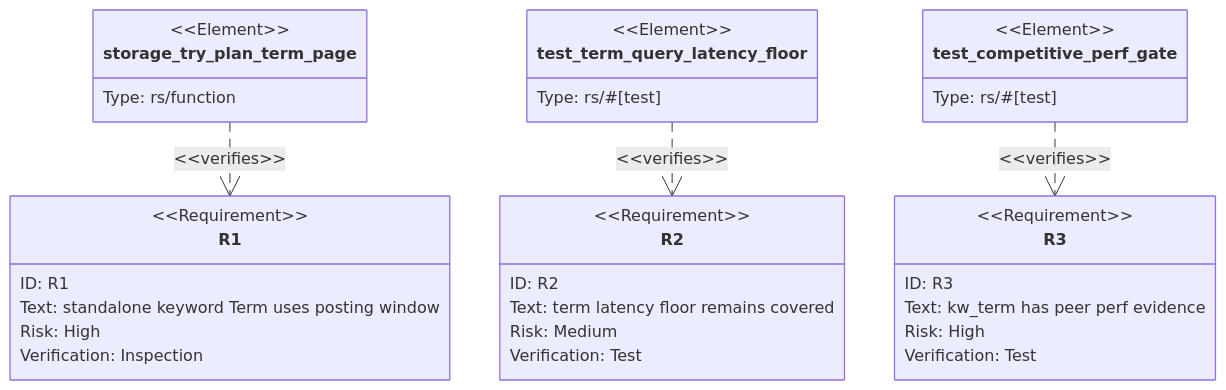
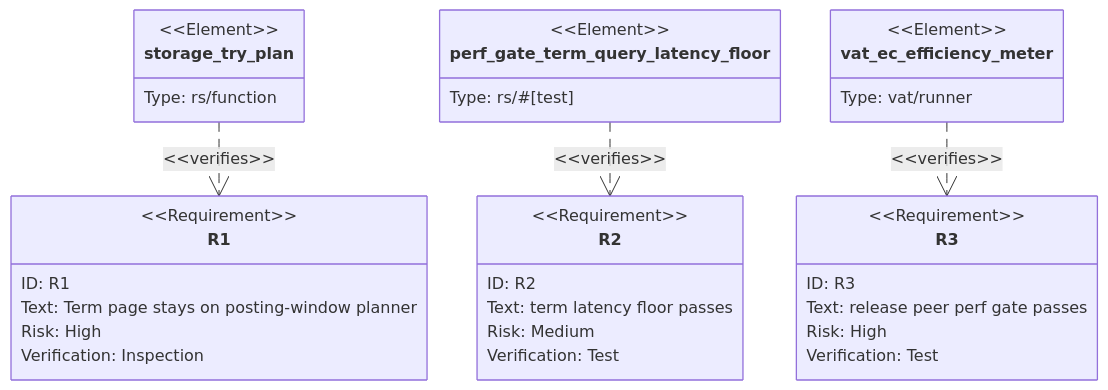
Before and after one commit to chrischeng-c4/axiom: the second of 2 diagrams in projects/lumen/tech-design/logic/early-stop-on-high-selectivity-term-lookups-p99-regression-vs-pg.md, drawn with Mermaid. The commit also changed other lines of this file, not shown here.

Commit message:
td(45) — contract section: unit-test
Lifecycle-Slug: 45
Work-Item: 45
Lifecycle-Stage: Td-Section
Lifecycle-Phase: td_contract_in_progress
Lifecycle-Pass: contract
TD-Section: unit-test
Previous-Phase: td_contract_in_progress
Next-Phase: td_contract_in_progress
Next-Command: aw td create

````diff
--- a/projects/lumen/tech-design/logic/early-stop-on-high-selectivity-term-lookups-p99-regression-vs-pg.md
+++ b/projects/lumen/tech-design/logic/early-stop-on-high-selectivity-term-lookups-p99-regression-vs-pg.md
@@ -56,69 +56,69 @@
 ```mermaid
 ---
-id: kw-term-early-stop-unit-evidence
+id: kw-term-early-stop-contract-tests
 requirements:
-  standalone_term_uses_posting_window:
+  posting_window_contract:
     id: R1
-    text: "No-sort keyword Term queries return the first limit entries directly from the posting list"
+    text: "`storage::try_plan` keeps standalone keyword Term queries on the posting-window path"
     kind: design-constraint
     risk: high
     verify: inspection
-  high_selectivity_term_has_latency_floor:
+  term_latency_floor_contract:
     id: R2
-    text: "Term query latency stays covered by the lumen perf gate"
+    text: "`term_query_latency_floor` stays below the exact term lookup budget"
     kind: performance
     risk: medium
     verify: test
-  competitor_gate_covers_kw_term:
+  release_peer_gate_contract:
     id: R3
-    text: "The release competitive gate reports kw_term under pg-native/OpenSearch peer evidence"
+    text: "`ec-efficiency-meter` can run the release competitive gate cleanly with real pg/OpenSearch peers"
     kind: performance
     risk: high
     verify: test
 elements:
-  storage_try_plan_term_page:
+  storage_try_plan:
     kind: source
     path: projects/lumen/src/storage.rs
-  test_term_query_latency_floor:
+  perf_gate_term_query_latency_floor:
     kind: test
     path: projects/lumen/tests/perf_gate.rs
-  test_competitive_perf_gate:
-    kind: test
-    path: projects/lumen/tests/perf_gate_vs_db.rs
+  vat_ec_efficiency_meter:
+    kind: runner
+    path: projects/lumen/vat.toml
 relations:
-  - { from: storage_try_plan_term_page, verifies: standalone_term_uses_posting_window }
-  - { from: test_term_query_latency_floor, verifies: high_selectivity_term_has_latency_floor }
-  - { from: test_competitive_perf_gate, verifies: competitor_gate_covers_kw_term }
+  - { from: storage_try_plan, verifies: posting_window_contract }
+  - { from: perf_gate_term_query_latency_floor, verifies: term_latency_floor_contract }
+  - { from: vat_ec_efficiency_meter, verifies: release_peer_gate_contract }
 ---
 requirementDiagram
     requirement R1 {
       id: R1
-      text: "standalone keyword Term uses posting window"
+      text: "Term page stays on posting-window planner"
       risk: high
       verifymethod: inspection
     }
     requirement R2 {
       id: R2
-      text: "term latency floor remains covered"
+      text: "term latency floor passes"
       risk: medium
       verifymethod: test
     }
     requirement R3 {
       id: R3
-      text: "kw_term has peer perf evidence"
+      text: "release peer perf gate passes"
       risk: high
       verifymethod: test
     }
-    element storage_try_plan_term_page {
+    element storage_try_plan {
       type: "rs/function"
     }
-    element test_term_query_latency_floor {
+    element perf_gate_term_query_latency_floor {
       type: "rs/#[test]"
     }
-    element test_competitive_perf_gate {
-      type: "rs/#[test]"
+    element vat_ec_efficiency_meter {
+      type: "vat/runner"
     }
-    storage_try_plan_term_page - verifies -> R1
-    test_term_query_latency_floor - verifies -> R2
-    test_competitive_perf_gate - verifies -> R3
+    storage_try_plan - verifies -> R1
+    perf_gate_term_query_latency_floor - verifies -> R2
+    vat_ec_efficiency_meter - verifies -> R3
 ```
````
